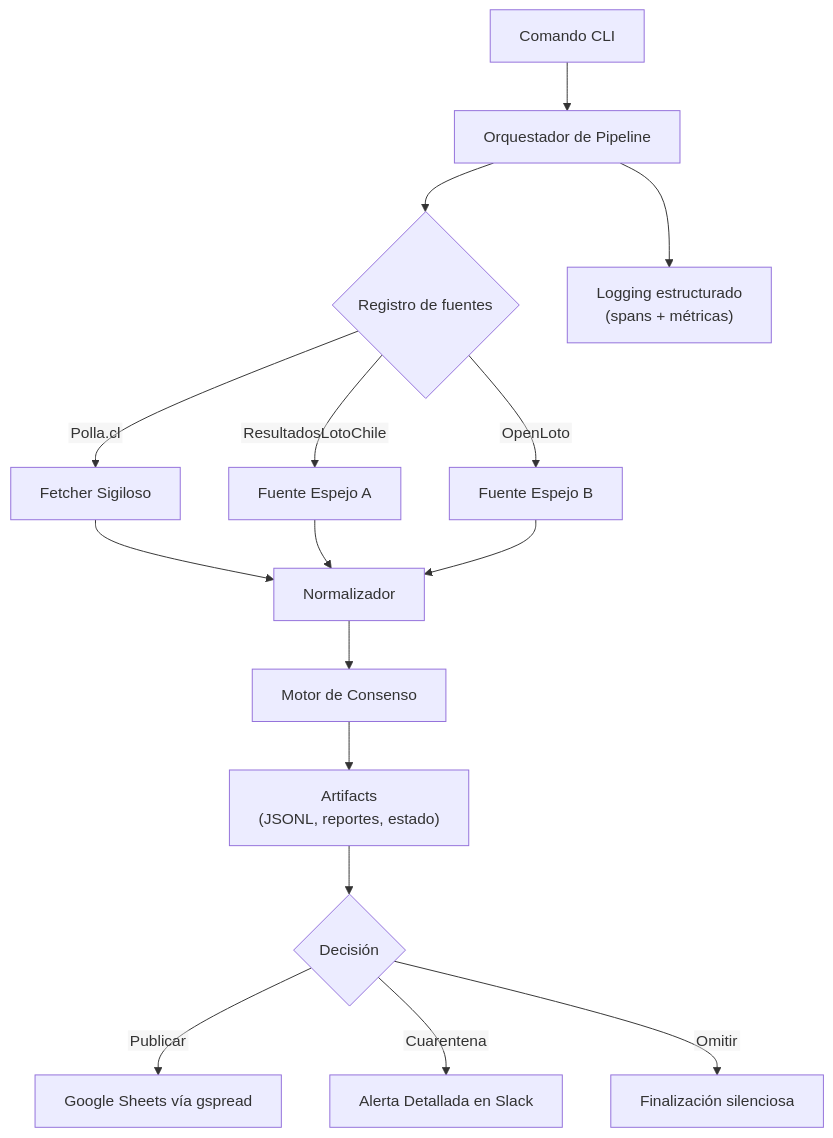
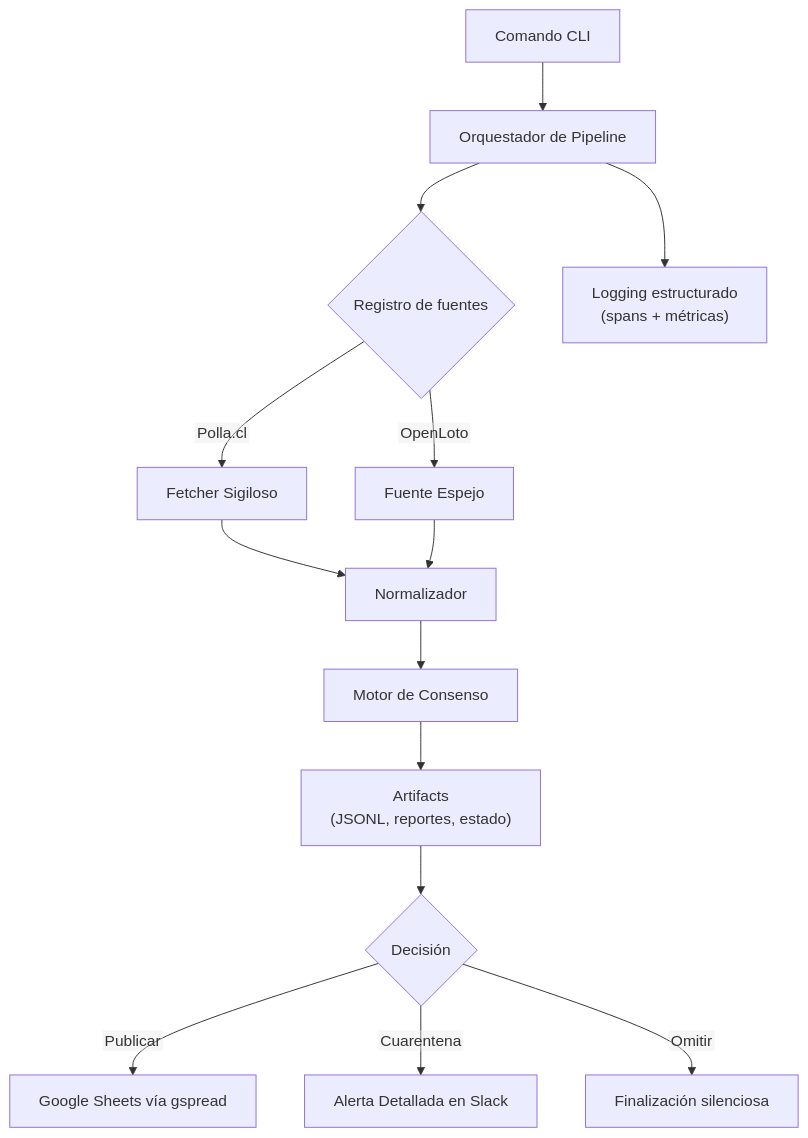
Before and after one commit to cortega26/polla: the diagram in README.md, drawn with Mermaid. The commit also changed other lines of this file and 2 other files, not shown here.

````diff
--- a/README.md
+++ b/README.md
@@ -28,18 +28,17 @@
 ```mermaid
 %%{init: {"themeVariables": {"fontSize":"16px"}, "flowchart": {"htmlLabels": false, "wrap": true}}}%%
 flowchart TB
   A[Comando CLI] --> B[Orquestador de Pipeline]
   B --> C{Registro de fuentes}
   C -->|Polla.cl| D[Fetcher Sigiloso]
-  C -->|ResultadosLotoChile| E[Fuente Espejo A]
-  C -->|OpenLoto| F[Fuente Espejo B]
-  D & E & F --> G[Normalizador]
+  C -->|OpenLoto| E[Fuente Espejo]
+  D & E --> G[Normalizador]
   G --> H[Motor de Consenso]
   H --> I["Artifacts<br/>(JSONL, reportes, estado)"]
   I --> J{Decisión}
   J -->|Publicar| K[Google Sheets vía gspread]
   J -->|Cuarentena| L[Alerta Detallada en Slack]
   J -->|Omitir| M[Finalización silenciosa]
   B --> N["Logging estructurado<br/>(spans + métricas)"]
 
 ```
````
